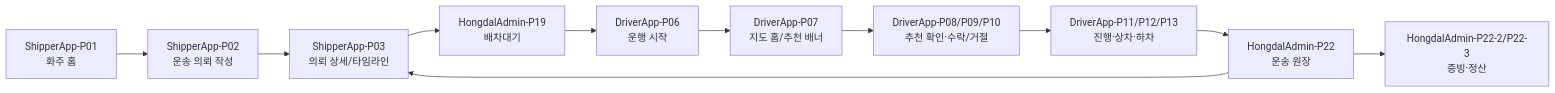
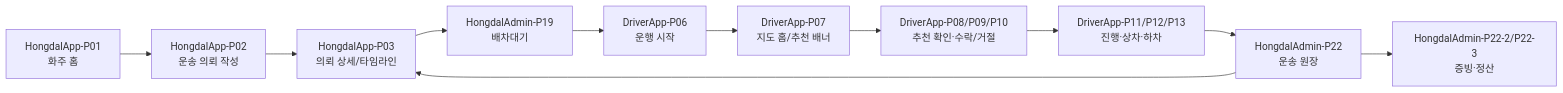
Before and after one commit to cheolwo/hongdal: the diagram in docs/ProjectOverview/hongdal-v1-page-validation-walkthrough.md, drawn with Mermaid. The commit also changed other lines of this file and 140 other files, not shown here.

````diff
--- a/docs/ProjectOverview/hongdal-v1-page-validation-walkthrough.md
+++ b/docs/ProjectOverview/hongdal-v1-page-validation-walkthrough.md
@@ -22,16 +22,16 @@
 ```mermaid
 flowchart LR
-    S1["ShipperApp-P01<br/>화주 홈"]
-    S2["ShipperApp-P02<br/>운송 의뢰 작성"]
-    S3["ShipperApp-P03<br/>의뢰 상세/타임라인"]
+    S1["HongdalApp-P01<br/>화주 홈"]
+    S2["HongdalApp-P02<br/>운송 의뢰 작성"]
+    S3["HongdalApp-P03<br/>의뢰 상세/타임라인"]
     A1["HongdalAdmin-P19<br/>배차대기"]
     D1["DriverApp-P06<br/>운행 시작"]
     D2["DriverApp-P07<br/>지도 홈/추천 배너"]
     D3["DriverApp-P08/P09/P10<br/>추천 확인·수락/거절"]
     D4["DriverApp-P11/P12/P13<br/>진행·상차·하차"]
     A2["HongdalAdmin-P22<br/>운송 원장"]
     A3["HongdalAdmin-P22-2/P22-3<br/>증빙·정산"]
 
     S1 --> S2 --> S3 --> A1 --> D1 --> D2 --> D3 --> D4 --> A2 --> A3
     A2 --> S3
 ```
````
